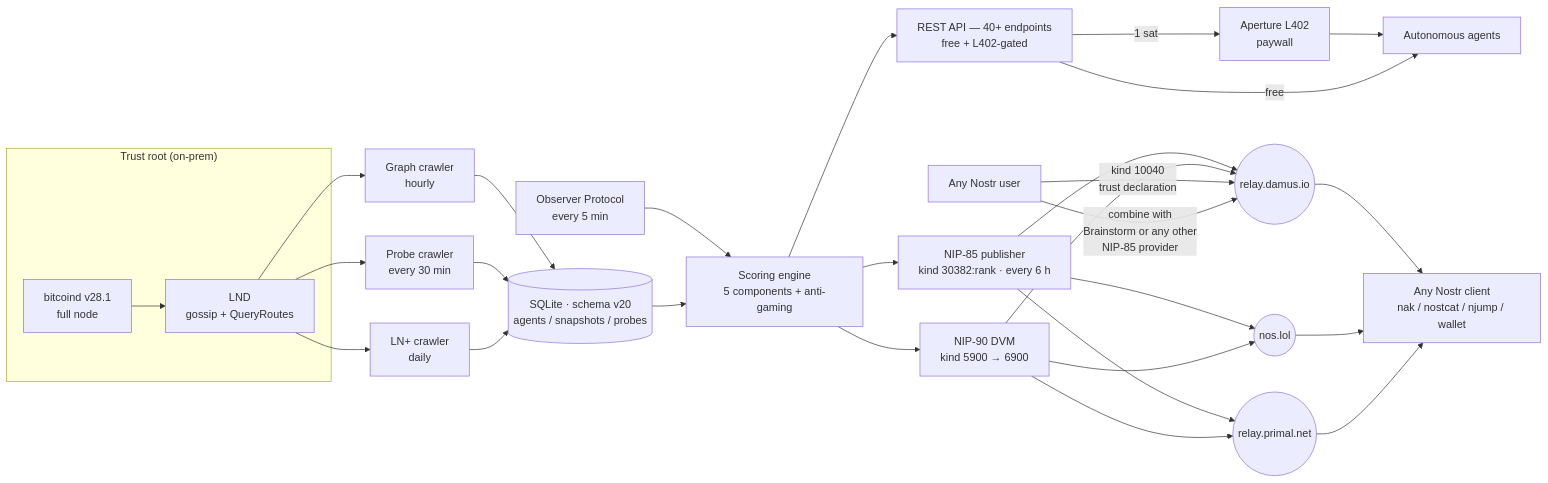
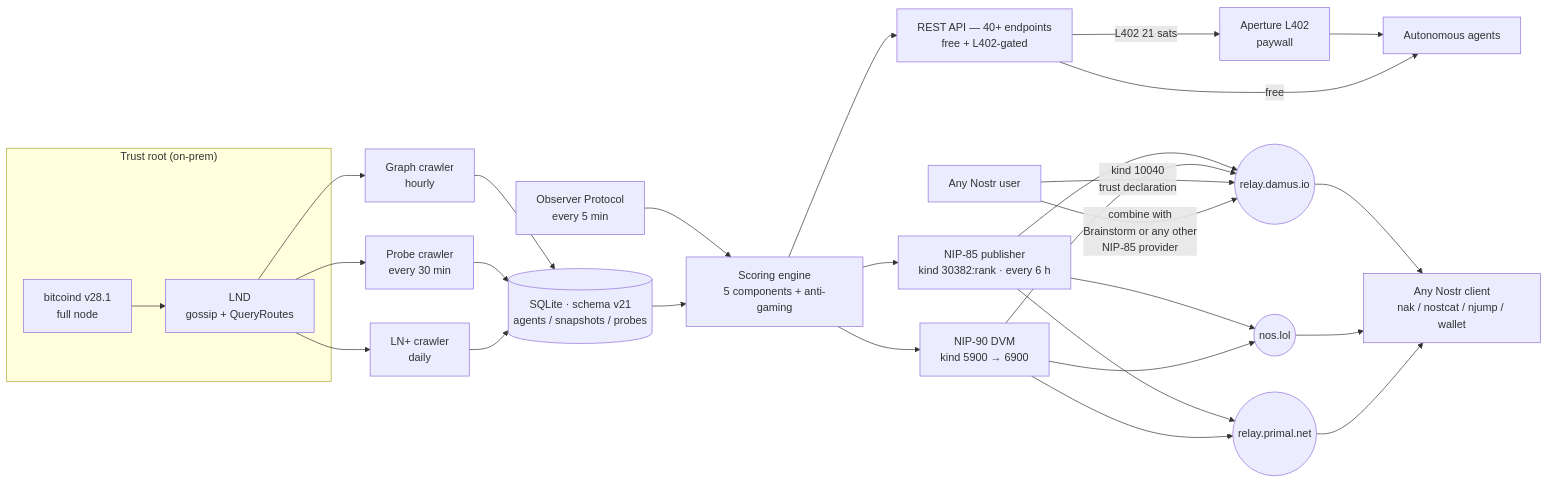
One commit to proofoftrust21/satrank changed the diagram in IMPACT-STATEMENT-FULL.md. Above: the diagram before and after it, drawn with Mermaid. The commit also changed other lines of this file and 20 other files, not shown here.

````diff
--- a/IMPACT-STATEMENT-FULL.md
+++ b/IMPACT-STATEMENT-FULL.md
@@ -47,41 +47,41 @@
 ```mermaid
 flowchart LR
   subgraph TrustRoot["Trust root (on-prem)"]
     BTC[bitcoind v28.1<br/>full node]
     LND[LND<br/>gossip + QueryRoutes]
   end
 
   BTC --> LND
 
   LND --> GC[Graph crawler<br/>hourly]
   LND --> PC[Probe crawler<br/>every 30 min]
   LND --> LP[LN+ crawler<br/>daily]
   OBS[Observer Protocol<br/>every 5 min] --> SE
 
-  GC --> DB[(SQLite · schema v20<br/>agents / snapshots / probes)]
+  GC --> DB[(SQLite · schema v21<br/>agents / snapshots / probes)]
   PC --> DB
   LP --> DB
 
   DB --> SE[Scoring engine<br/>5 components + anti-gaming]
 
   SE --> API[REST API — 40+ endpoints<br/>free + L402-gated]
   SE --> NP[NIP-85 publisher<br/>kind 30382:rank · every 6 h]
   SE --> DVM[NIP-90 DVM<br/>kind 5900 → 6900]
 
   NP --> R1((relay.damus.io))
   NP --> R2((nos.lol))
   NP --> R3((relay.primal.net))
   DVM --> R1
   DVM --> R2
   DVM --> R3
 
-  API -->|1 sat| L402[Aperture L402<br/>paywall]
+  API -->|L402 21 sats| L402[Aperture L402<br/>paywall]
   L402 --> AGENTS[Autonomous agents]
   API -->|free| AGENTS
   R1 --> CLIENTS[Any Nostr client<br/>nak / nostcat / njump / wallet]
   R2 --> CLIENTS
   R3 --> CLIENTS
 
   USER[Any Nostr user] -->|kind 10040<br/>trust declaration| R1
   USER -->|combine with<br/>Brainstorm or any other<br/>NIP-85 provider| R1
 ```
````
